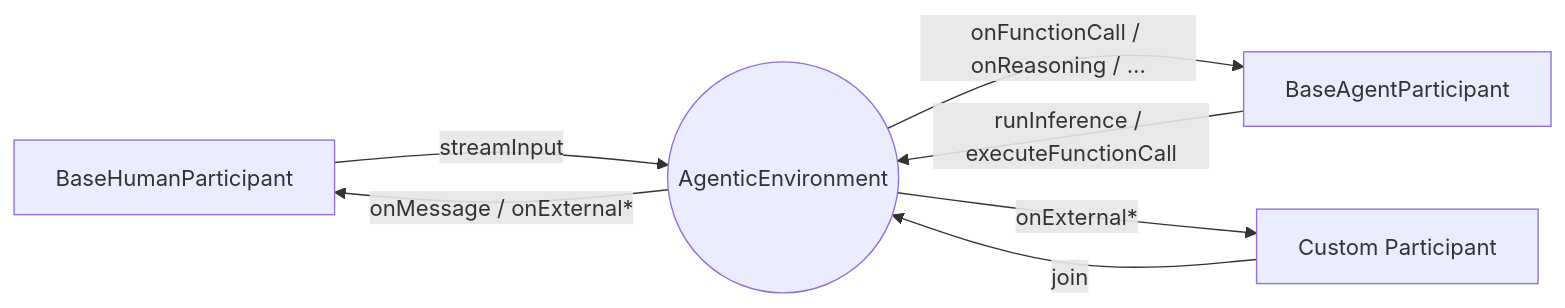
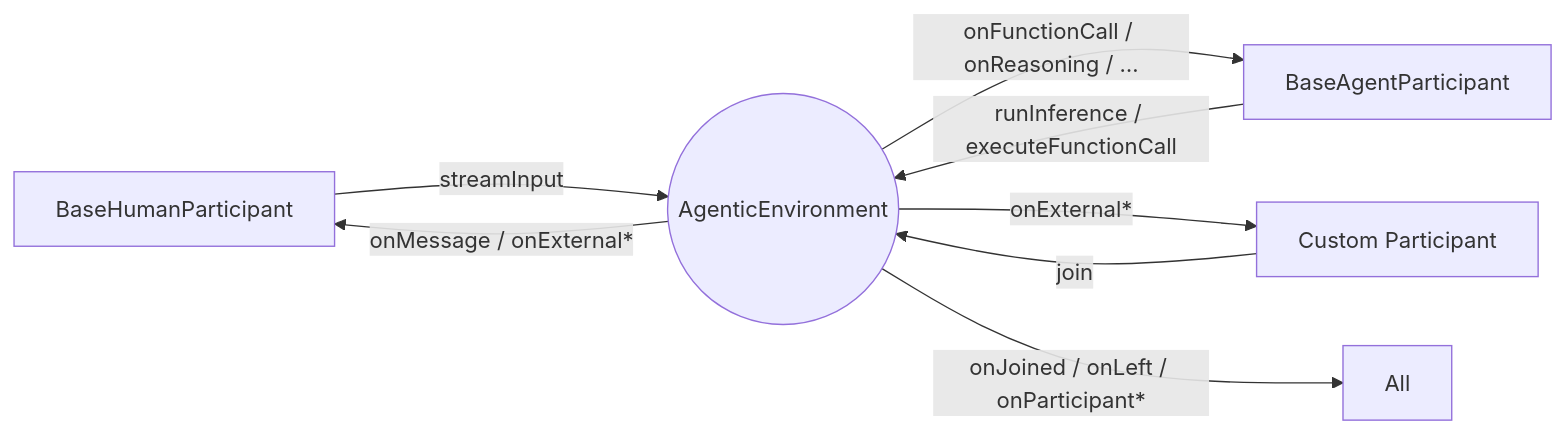
Before and after one commit to kisshan13/mozaik: the first of 2 diagrams in README.md, drawn with Mermaid. The commit also changed other lines of this file and 5 other files, not shown here.

````diff
--- a/README.md
+++ b/README.md
@@ -44,9 +48,10 @@
 ```mermaid
 flowchart LR
     Human[BaseHumanParticipant] -->|streamInput| Env(("AgenticEnvironment"))
     Agent[BaseAgentParticipant] -->|"runInference / executeFunctionCall"| Env
     Observer[Custom Participant] -->|join| Env
     Env -->|"onMessage / onExternal*"| Human
     Env -->|"onFunctionCall / onReasoning / …"| Agent
     Env -->|"onExternal*"| Observer
+    Env -->|"onJoined / onLeft / onParticipant*"| All
 ```
````
